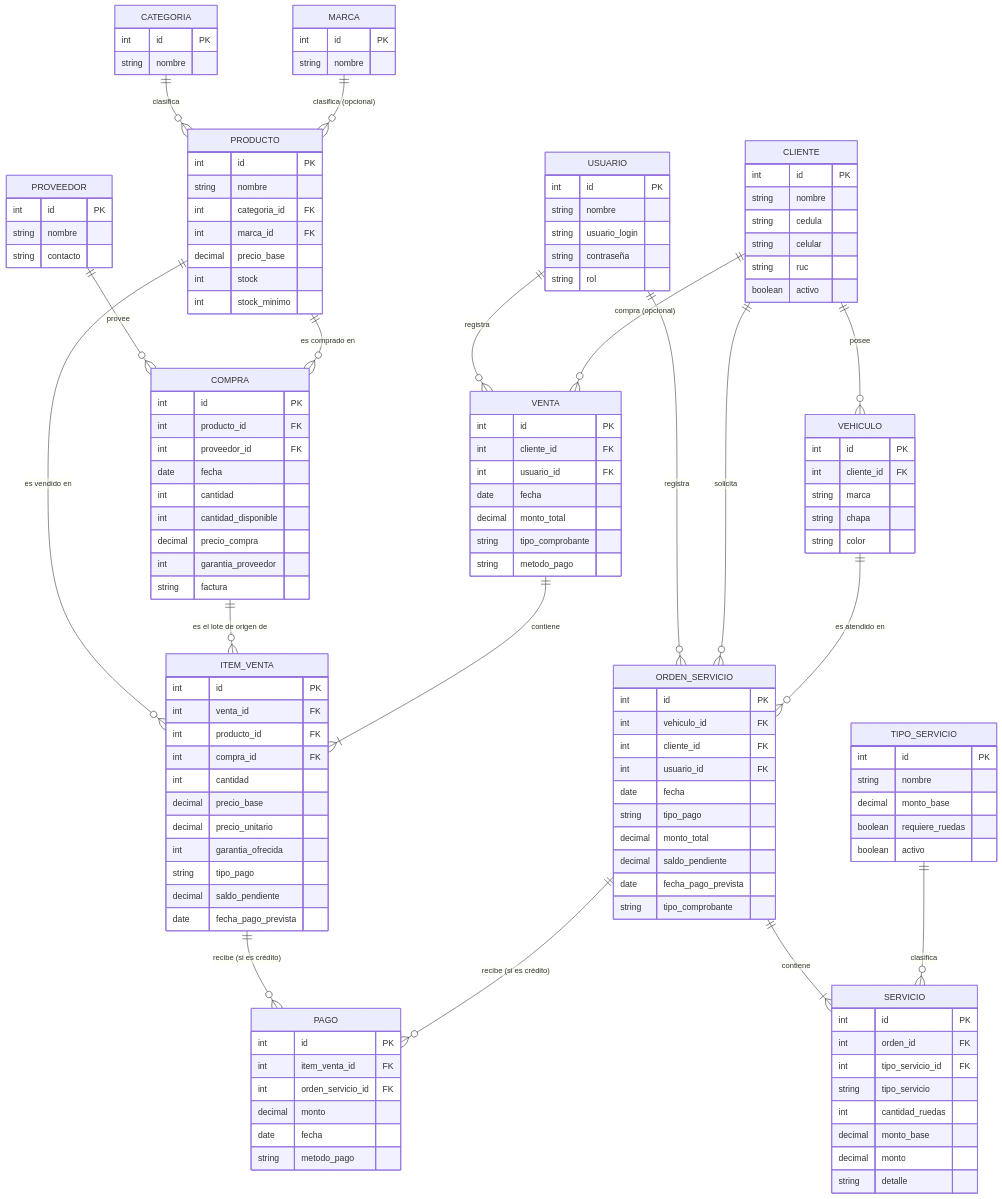
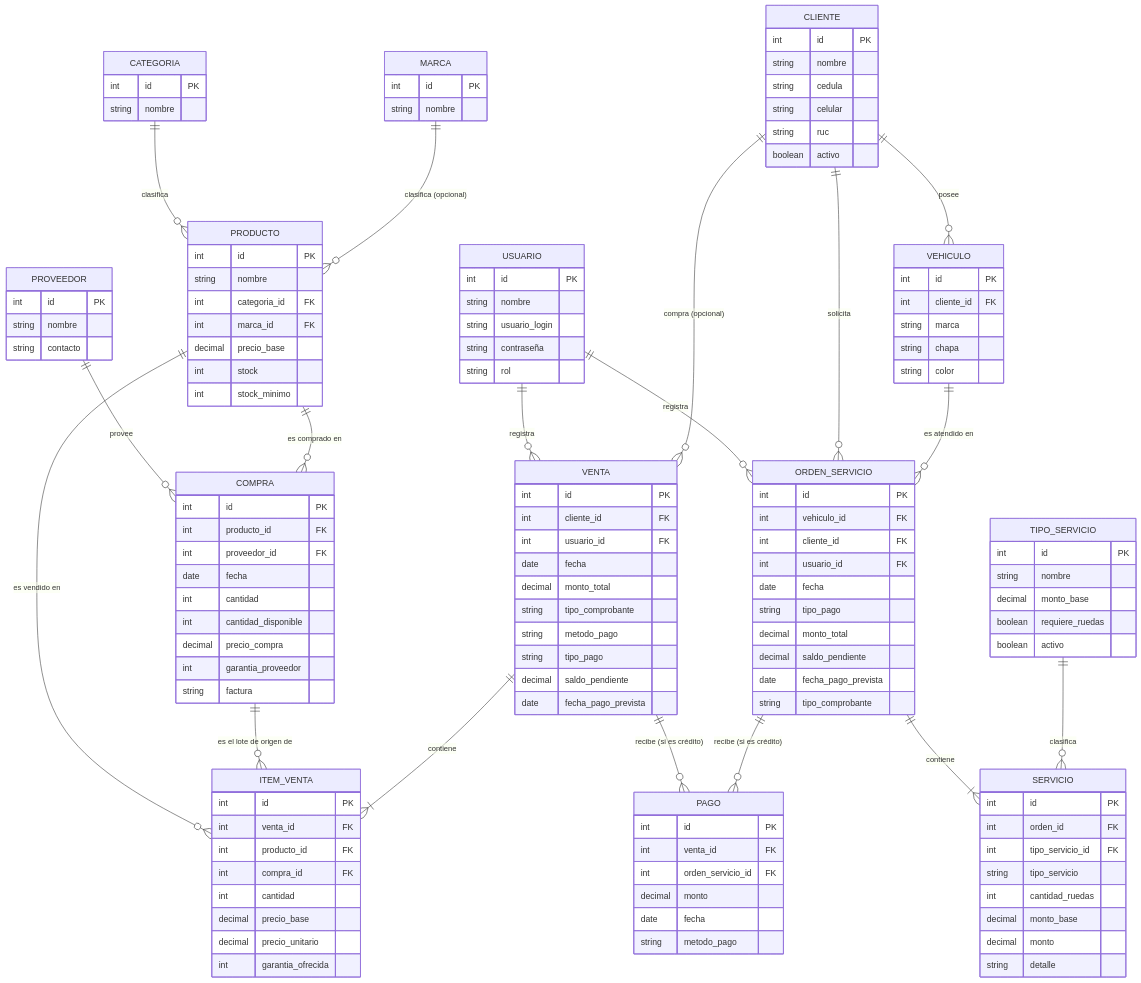
One commit to josD0111/neucar-system changed the diagram in docs/02-desing/diagrama-entidad-relacion.md. Above: the diagram before and after it, drawn with Mermaid. The commit also changed other lines of this file and 28 other files, not shown here.

```diff
--- a/docs/02-desing/diagrama-entidad-relacion.md
+++ b/docs/02-desing/diagrama-entidad-relacion.md
@@ -27,7 +29,7 @@
 
     VENTA ||--|{ ITEM_VENTA : contiene
 
-    ITEM_VENTA ||--o{ PAGO : "recibe (si es crédito)"
+    VENTA ||--o{ PAGO : "recibe (si es crédito)"
     ORDEN_SERVICIO ||--o{ PAGO : "recibe (si es crédito)"
 
     VEHICULO ||--o{ ORDEN_SERVICIO : "es atendido en"
@@ -99,6 +101,9 @@
         decimal monto_total
         string tipo_comprobante
         string metodo_pago
+        string tipo_pago
+        decimal saldo_pendiente
+        date fecha_pago_prevista
     }
 
     ITEM_VENTA {
@@ -110,14 +115,11 @@
         decimal precio_base
         decimal precio_unitario
         int garantia_ofrecida
-        string tipo_pago
-        decimal saldo_pendiente
-        date fecha_pago_prevista
     }
 
     PAGO {
         int id PK
-        int item_venta_id FK
+        int venta_id FK
         int orden_servicio_id FK
         decimal monto
         date fecha
```
